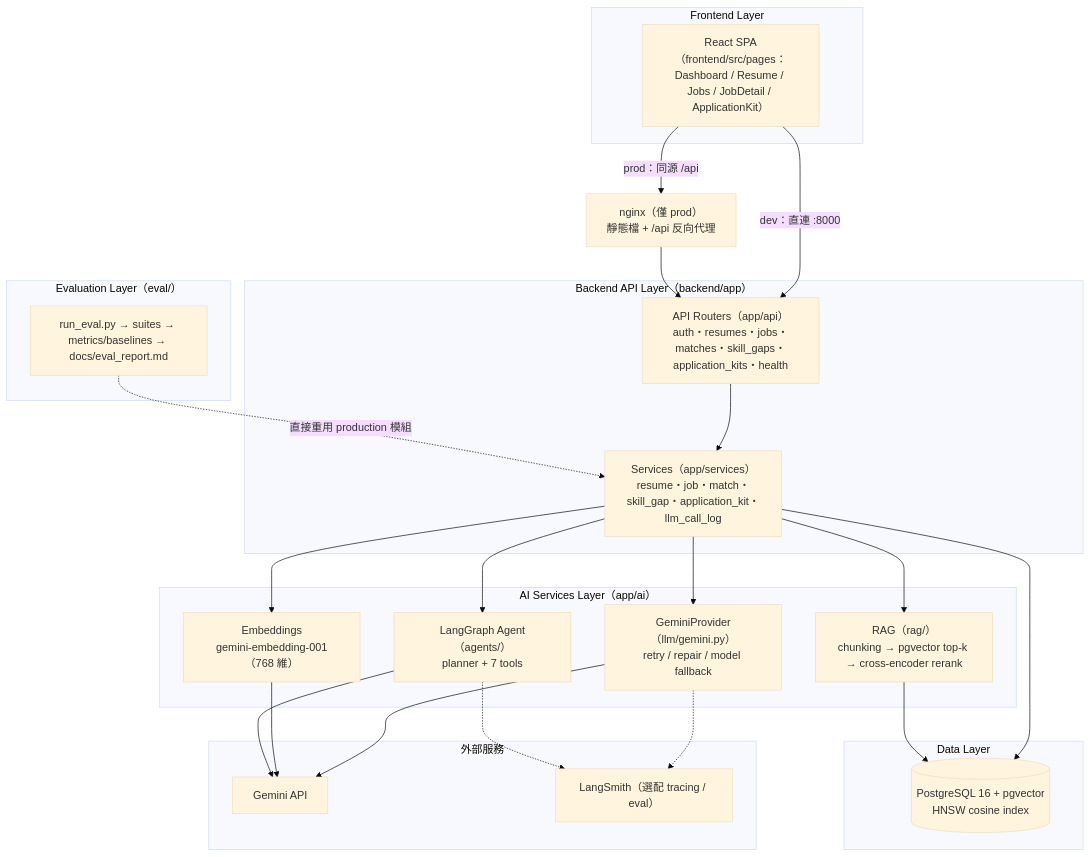
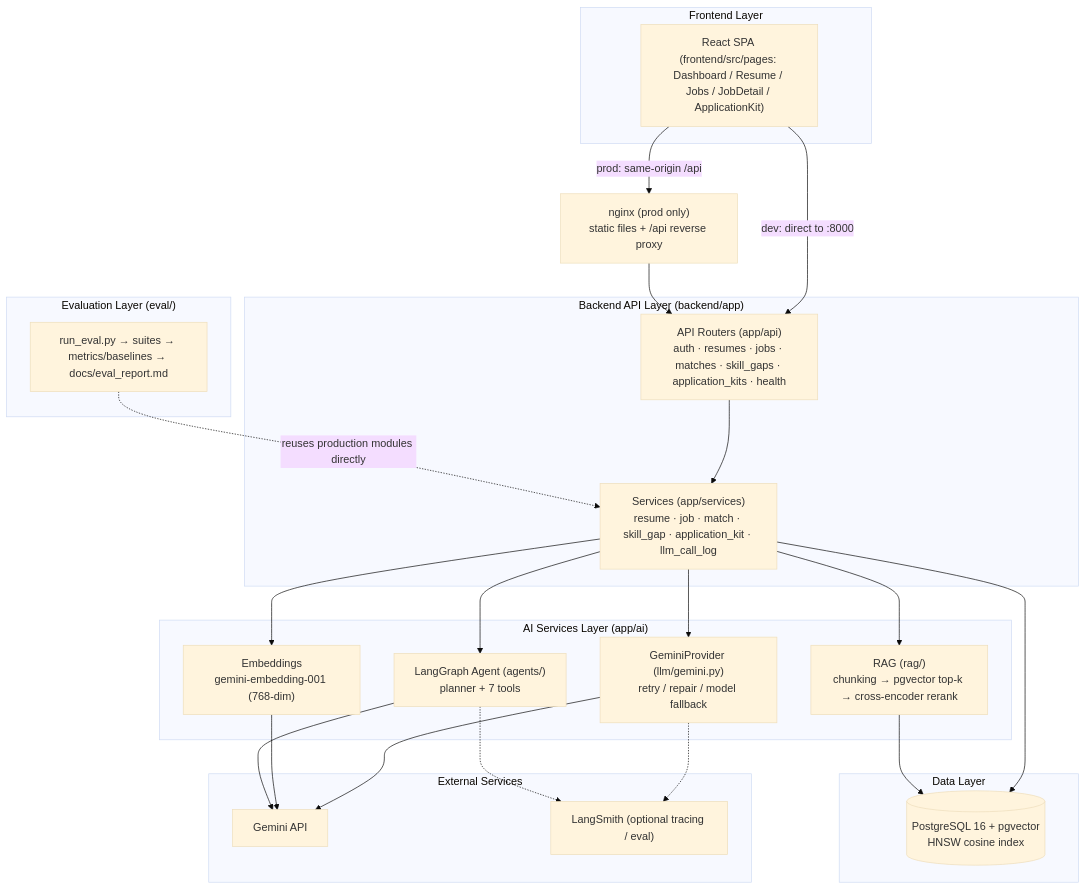
One commit to mhong26/CareerPilot_AI changed the first of 4 diagrams in docs/architecture.md. Above: the diagram before and after it, drawn with Mermaid (base theme). The commit also changed other lines of this file and 18 other files, not shown here.

````diff
--- a/docs/architecture.md
+++ b/docs/architecture.md
@@ -10,49 +12,49 @@
 ```mermaid
 graph TB
     subgraph CLIENT["Frontend Layer"]
-        SPA["React SPA（frontend/src/pages：Dashboard / Resume / Jobs / JobDetail / ApplicationKit）"]
+        SPA["React SPA (frontend/src/pages: Dashboard / Resume / Jobs / JobDetail / ApplicationKit)"]
     end
 
-    NGINX["nginx（僅 prod）<br/>靜態檔 + /api 反向代理"]
+    NGINX["nginx (prod only)<br/>static files + /api reverse proxy"]
 
-    subgraph BE["Backend API Layer（backend/app）"]
-        API["API Routers（app/api）<br/>auth・resumes・jobs・matches・skill_gaps・application_kits・health"]
-        SVC["Services（app/services）<br/>resume・job・match・skill_gap・application_kit・llm_call_log"]
+    subgraph BE["Backend API Layer (backend/app)"]
+        API["API Routers (app/api)<br/>auth · resumes · jobs · matches · skill_gaps · application_kits · health"]
+        SVC["Services (app/services)<br/>resume · job · match · skill_gap · application_kit · llm_call_log"]
     end
 
-    subgraph AI["AI Services Layer（app/ai）"]
-        LLM["GeminiProvider（llm/gemini.py）<br/>retry / repair / model fallback"]
-        EMB["Embeddings<br/>gemini-embedding-001（768 維）"]
-        RAG["RAG（rag/）<br/>chunking → pgvector top-k → cross-encoder rerank"]
-        AGENT["LangGraph Agent（agents/）<br/>planner + 7 tools"]
+    subgraph AI["AI Services Layer (app/ai)"]
+        LLM["GeminiProvider (llm/gemini.py)<br/>retry / repair / model fallback"]
+        EMB["Embeddings<br/>gemini-embedding-001 (768-dim)"]
+        RAG["RAG (rag/)<br/>chunking → pgvector top-k → cross-encoder rerank"]
+        AGENT["LangGraph Agent (agents/)<br/>planner + 7 tools"]
     end
 
     subgraph DATA["Data Layer"]
         PG[("PostgreSQL 16 + pgvector<br/>HNSW cosine index")]
     end
 
-    subgraph EXT["外部服務"]
+    subgraph EXT["External Services"]
         GEM["Gemini API"]
-        LS["LangSmith（選配 tracing / eval）"]
+        LS["LangSmith (optional tracing / eval)"]
     end
 
-    subgraph EVAL["Evaluation Layer（eval/）"]
+    subgraph EVAL["Evaluation Layer (eval/)"]
         RUN["run_eval.py → suites → metrics/baselines → docs/eval_report.md"]
     end
 
-    SPA -->|"dev：直連 :8000"| API
-    SPA -->|"prod：同源 /api"| NGINX --> API
+    SPA -->|"dev: direct to :8000"| API
+    SPA -->|"prod: same-origin /api"| NGINX --> API
     API --> SVC
     SVC --> LLM
     SVC --> EMB
     SVC --> RAG
     SVC --> AGENT
     SVC --> PG
     RAG --> PG
     LLM --> GEM
     EMB --> GEM
     AGENT --> GEM
     LLM -.-> LS
     AGENT -.-> LS
-    RUN -.->|"直接重用 production 模組"| SVC
+    RUN -.->|"reuses production modules directly"| SVC
 ```
````
